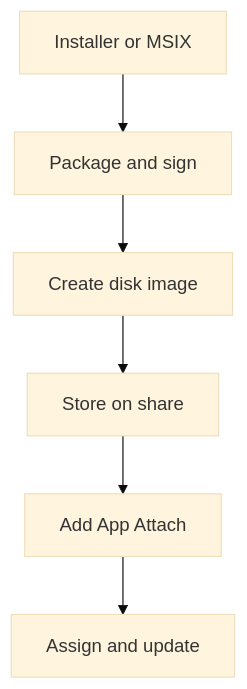
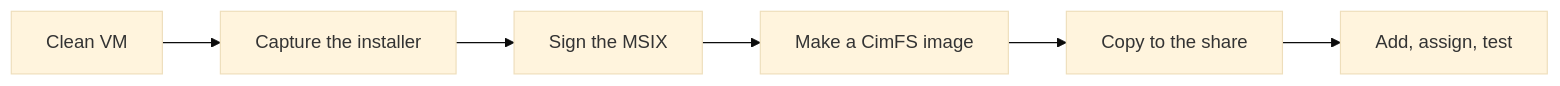
One commit to marckean/AVD-Reference_Architecture changed the first of 2 diagrams in docs/app-attach/packages.md. Above: the diagram before and after it, drawn with Mermaid (base theme). The commit also changed other lines of this file and 18 other files, not shown here.

````diff
--- a/docs/app-attach/packages.md
+++ b/docs/app-attach/packages.md
@@ -14,8 +17,8 @@
 ```mermaid
-flowchart TB
-    I["Installer or MSIX"] --> P["Package and sign"]
-    P --> D["Create disk image"]
-    D --> S["Store on share"]
-    S --> A["Add App Attach"]
-    A --> U["Assign and update"]
+flowchart LR
+    A["Clean VM"] --> B["Capture the installer"]
+    B --> C["Sign the MSIX"]
+    C --> D["Make a CimFS image"]
+    D --> E["Copy to the share"]
+    E --> F["Add, assign, test"]
 ```
````
